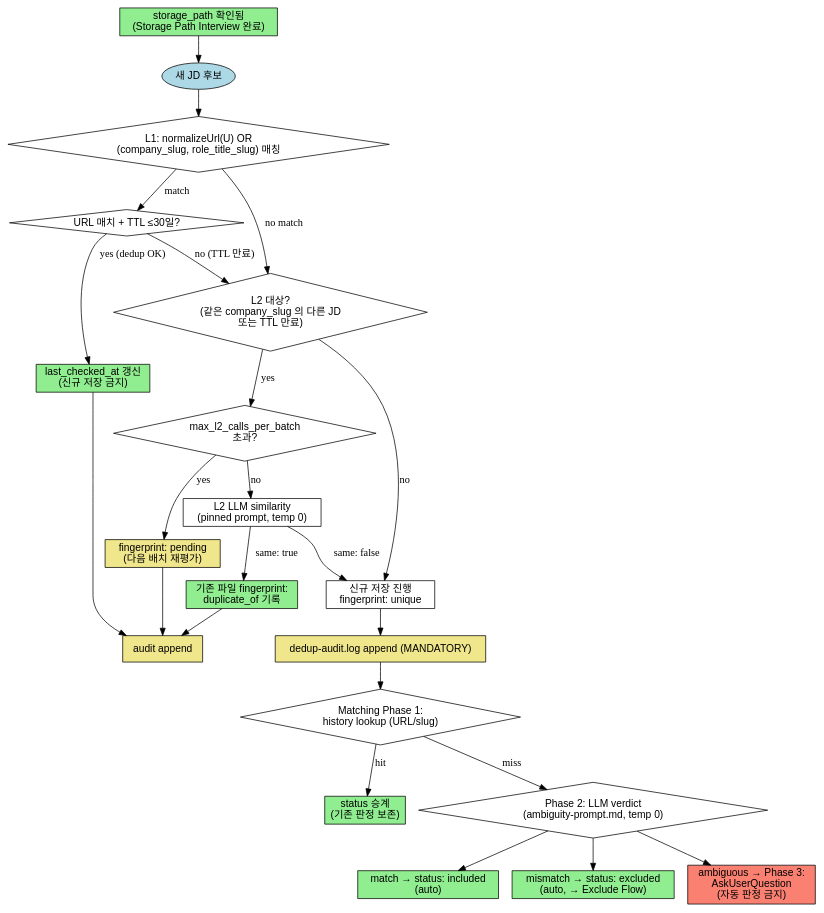
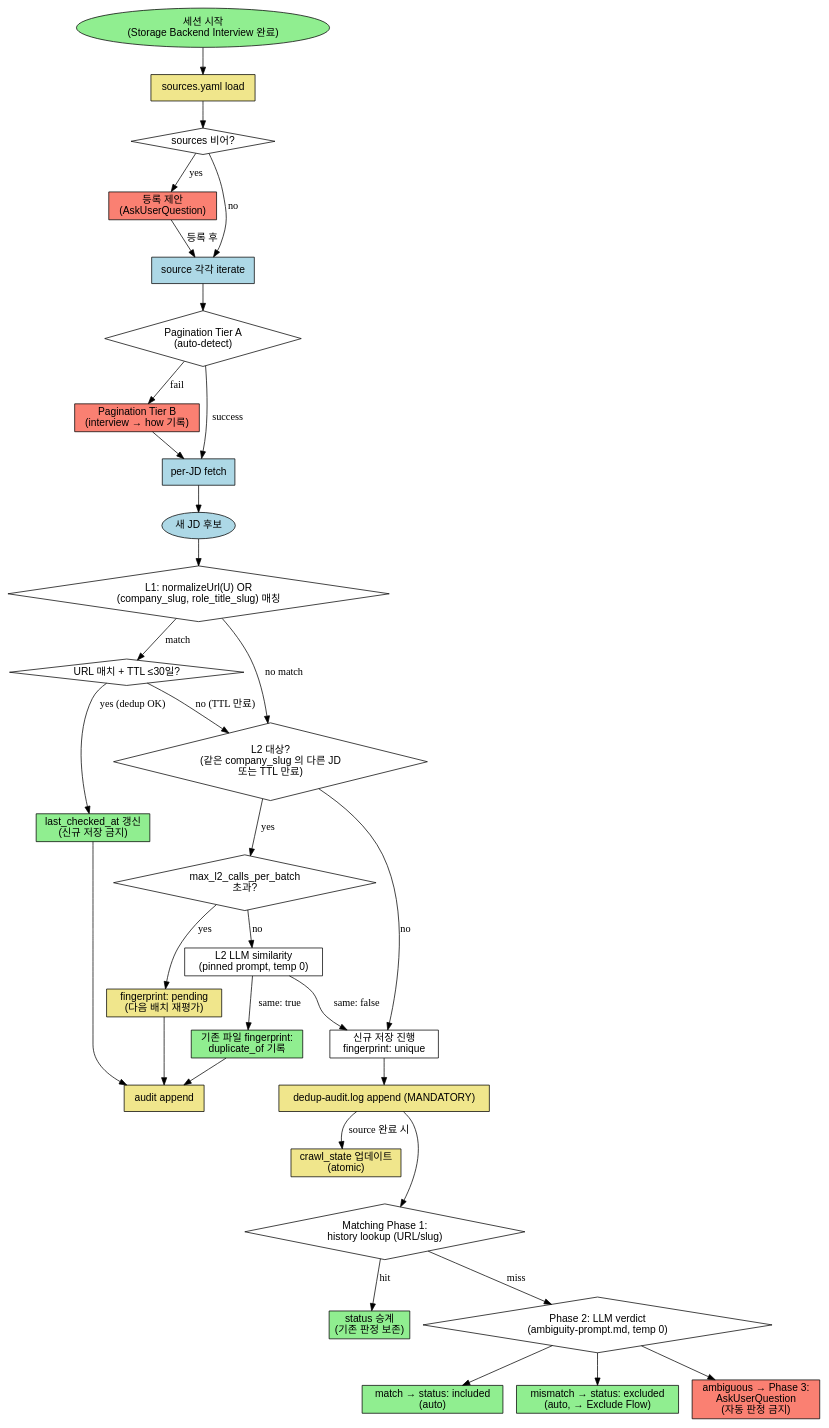
The first of 6 diagrams in skills/collect-jd/reference/rules.md (toongri/oh-my-toong-playground), drawn with Graphviz before and after one commit. The commit also changed other lines of this file and 1 other file, not shown here.

Commit message:
feat: collect-jd crawl infrastructure 4 MANDATORY 추가

````diff
--- a/skills/collect-jd/reference/rules.md
+++ b/skills/collect-jd/reference/rules.md
@@ -36,53 +39,73 @@
 ```dot
 digraph dedup_matching_flow {
   rankdir=TB;
   node [shape=box, fontname="Helvetica"];
 
-  storage_ok [label="storage_path 확인됨\n(Storage Path Interview 완료)", style=filled, fillcolor=lightgreen];
+  start [label="세션 시작\n(Storage Backend Interview 완료)", shape=ellipse, style=filled, fillcolor=lightgreen];
+  sources_load [label="sources.yaml load", style=filled, fillcolor=khaki];
+  sources_empty [label="sources 비어?", shape=diamond];
+  ask_register [label="등록 제안\n(AskUserQuestion)", style=filled, fillcolor=salmon];
+  source_iter [label="source 각각 iterate", style=filled, fillcolor=lightblue];
+  pagination_tierA [label="Pagination Tier A\n(auto-detect)", shape=diamond];
+  pagination_tierB [label="Pagination Tier B\n(interview → how 기록)", style=filled, fillcolor=salmon];
+  per_jd_fetch [label="per-JD fetch", style=filled, fillcolor=lightblue];
+  hwm_update [label="crawl_state 업데이트\n(atomic)", style=filled, fillcolor=khaki];
+
   candidate [label="새 JD 후보", shape=ellipse, style=filled, fillcolor=lightblue];
 
   l1 [label="L1: normalizeUrl(U) OR\n(company_slug, role_title_slug) 매칭", shape=diamond];
   l1_url [label="URL 매치 + TTL ≤30일?", shape=diamond];
   update_ts [label="last_checked_at 갱신\n(신규 저장 금지)", style=filled, fillcolor=lightgreen];
 
   l2_eligible [label="L2 대상?\n(같은 company_slug 의 다른 JD\n또는 TTL 만료)", shape=diamond];
   l2_cap [label="max_l2_calls_per_batch\n초과?", shape=diamond];
   l2_pending [label="fingerprint: pending\n(다음 배치 재평가)", style=filled, fillcolor=khaki];
   l2_call [label="L2 LLM similarity\n(pinned prompt, temp 0)"];
   l2_dup [label="기존 파일 fingerprint:\nduplicate_of 기록", style=filled, fillcolor=lightgreen];
   save_unique [label="신규 저장 진행\nfingerprint: unique"];
 
   audit [label="dedup-audit.log append (MANDATORY)", style=filled, fillcolor=khaki];
   audit_end [label="audit append", style=filled, fillcolor=khaki];
 
   phase1 [label="Matching Phase 1:\nhistory lookup (URL/slug)", shape=diamond];
   inherit [label="status 승계\n(기존 판정 보존)", style=filled, fillcolor=lightgreen];
   phase2 [label="Phase 2: LLM verdict\n(ambiguity-prompt.md, temp 0)", shape=diamond];
   vmatch [label="match → status: included\n(auto)", style=filled, fillcolor=lightgreen];
   vmismatch [label="mismatch → status: excluded\n(auto, → Exclude Flow)", style=filled, fillcolor=lightgreen];
   vambig [label="ambiguous → Phase 3:\nAskUserQuestion\n(자동 판정 금지)", style=filled, fillcolor=salmon];
 
-  storage_ok -> candidate;
+  start -> sources_load -> sources_empty;
+  sources_empty -> ask_register [label="yes"];
+  sources_empty -> source_iter [label="no"];
+  ask_register -> source_iter [label="등록 후"];
+  source_iter -> pagination_tierA;
+  pagination_tierA -> per_jd_fetch [label="success"];
+  pagination_tierA -> pagination_tierB [label="fail"];
+  pagination_tierB -> per_jd_fetch;
+  per_jd_fetch -> candidate;
+
   candidate -> l1;
   l1 -> l1_url [label="match"];
   l1 -> l2_eligible [label="no match"];
   l1_url -> update_ts [label="yes (dedup OK)"];
   l1_url -> l2_eligible [label="no (TTL 만료)"];
   l2_eligible -> l2_cap [label="yes"];
   l2_eligible -> save_unique [label="no"];
   l2_cap -> l2_pending [label="yes"];
   l2_cap -> l2_call [label="no"];
   l2_call -> l2_dup [label="same: true"];
   l2_call -> save_unique [label="same: false"];
 
   update_ts -> audit_end;
   l2_dup -> audit_end;
   l2_pending -> audit_end;
   save_unique -> audit -> phase1;
   phase1 -> inherit [label="hit"];
   phase1 -> phase2 [label="miss"];
   phase2 -> vmatch;
   phase2 -> vmismatch;
   phase2 -> vambig;
+  audit -> hwm_update [label="source 완료 시"];
+  hwm_update -> phase1 [style=invis];
 }
 ```
````
